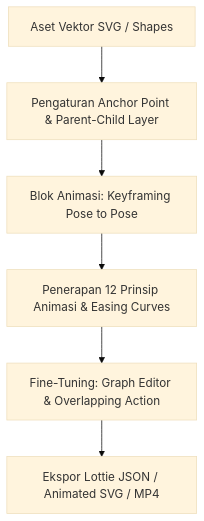
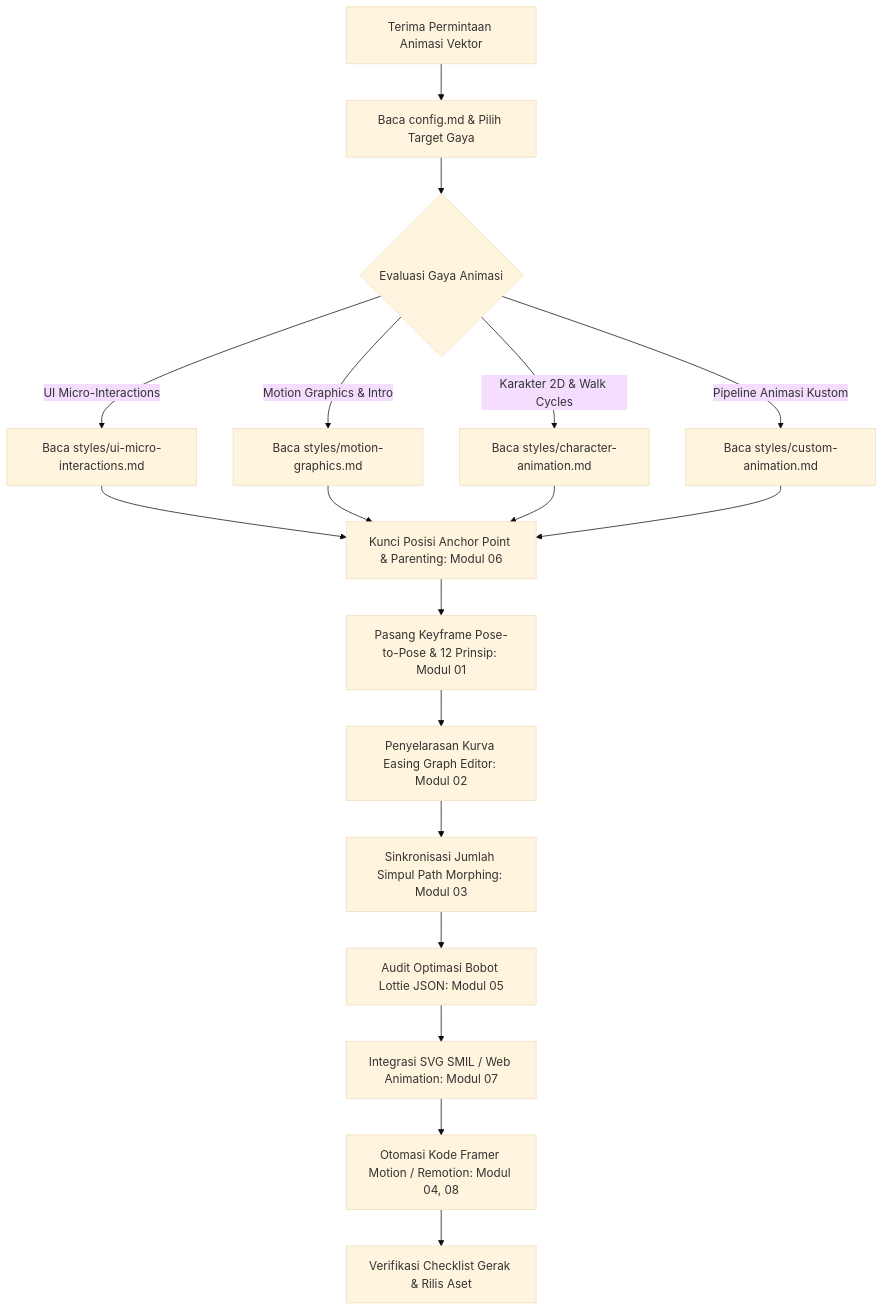
Before and after one commit to ipan140/Artcraft-skill: the diagram in AniCraft/SKILL.md, drawn with Mermaid (base theme). The commit also changed other lines of this file and 33 other files, not shown here.

````diff
--- a/AniCraft/SKILL.md
+++ b/AniCraft/SKILL.md
@@ -18,8 +17,18 @@
 ```mermaid
 flowchart TD
-    A[Aset Vektor SVG / Shapes] --> B[Pengaturan Anchor Point & Parent-Child Layer]
-    B --> C[Blok Animasi: Keyframing Pose to Pose]
-    C --> D[Penerapan 12 Prinsip Animasi & Easing Curves]
-    D --> E[Fine-Tuning: Graph Editor & Overlapping Action]
-    E --> F[Ekspor Lottie JSON / Animated SVG / MP4]
+    A[Terima Permintaan Animasi Vektor] --> B[Baca config.md & Pilih Target Gaya]
+    B --> C{Evaluasi Gaya Animasi}
+    C -->|UI Micro-Interactions| D1[Baca styles/ui-micro-interactions.md]
+    C -->|Motion Graphics & Intro| D2[Baca styles/motion-graphics.md]
+    C -->|Karakter 2D & Walk Cycles| D3[Baca styles/character-animation.md]
+    C -->|Pipeline Animasi Kustom| D4[Baca styles/custom-animation.md]
+    
+    D1 & D2 & D3 & D4 --> E[Kunci Posisi Anchor Point & Parenting: Modul 06]
+    E --> F[Pasang Keyframe Pose-to-Pose & 12 Prinsip: Modul 01]
+    F --> G[Penyelarasan Kurva Easing Graph Editor: Modul 02]
+    G --> H[Sinkronisasi Jumlah Simpul Path Morphing: Modul 03]
+    H --> I[Audit Optimasi Bobot Lottie JSON: Modul 05]
+    I --> J[Integrasi SVG SMIL / Web Animation: Modul 07]
+    J --> K[Otomasi Kode Framer Motion / Remotion: Modul 04, 08]
+    K --> L[Verifikasi Checklist Gerak & Rilis Aset]
 ```
````
